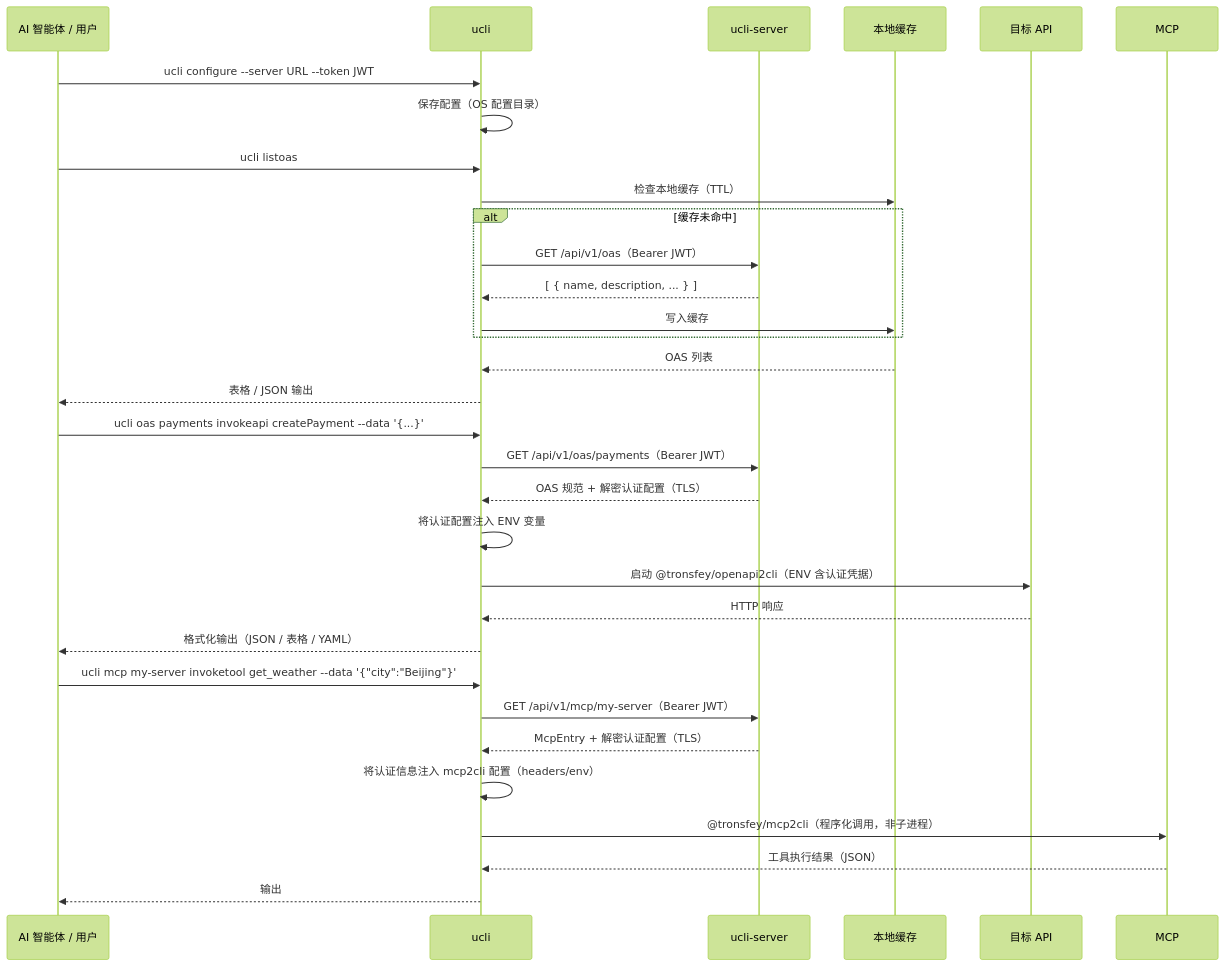
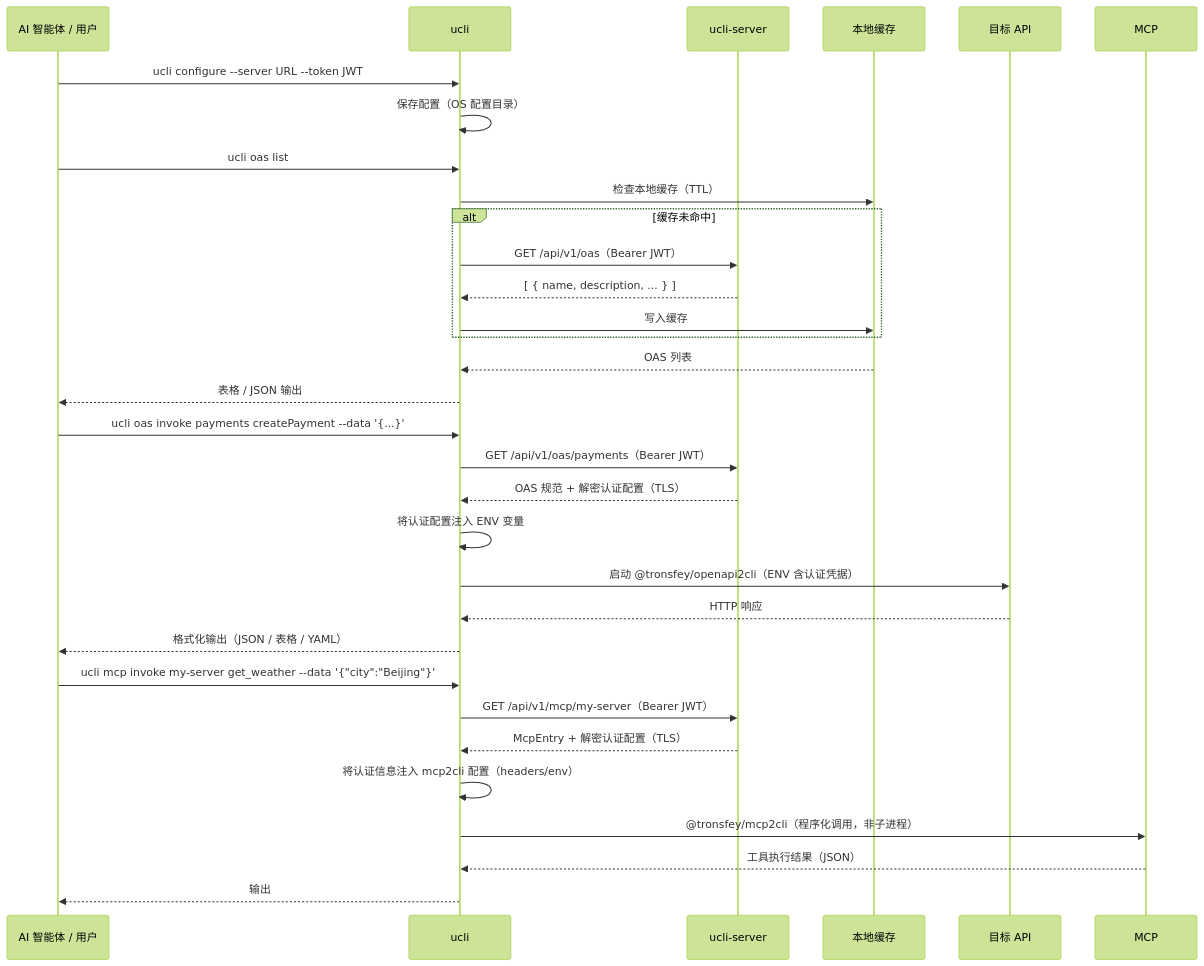
The diagram in packages/cli/README.zh.md (tronsfey928/ucli), drawn with Mermaid (forest theme) before and after one commit. The commit also changed other lines of this file and 4 other files, not shown here.

````diff
--- a/packages/cli/README.zh.md
+++ b/packages/cli/README.zh.md
@@ -29,37 +29,37 @@
 ```mermaid
 sequenceDiagram
     participant Agent as AI 智能体 / 用户
     participant CLI as ucli
     participant Server as ucli-server
     participant Cache as 本地缓存
     participant API as 目标 API
 
     Agent->>CLI: ucli configure --server URL --token JWT
     CLI->>CLI: 保存配置（OS 配置目录）
 
-    Agent->>CLI: ucli listoas
+    Agent->>CLI: ucli oas list
     CLI->>Cache: 检查本地缓存（TTL）
     alt 缓存未命中
         CLI->>Server: GET /api/v1/oas（Bearer JWT）
         Server-->>CLI: [ { name, description, ... } ]
         CLI->>Cache: 写入缓存
     end
     Cache-->>CLI: OAS 列表
     CLI-->>Agent: 表格 / JSON 输出
 
-    Agent->>CLI: ucli oas payments invokeapi createPayment --data '{...}'
+    Agent->>CLI: ucli oas invoke payments createPayment --data '{...}'
     CLI->>Server: GET /api/v1/oas/payments（Bearer JWT）
     Server-->>CLI: OAS 规范 + 解密认证配置（TLS）
     CLI->>CLI: 将认证配置注入 ENV 变量
     CLI->>API: 启动 @tronsfey/openapi2cli（ENV 含认证凭据）
     API-->>CLI: HTTP 响应
     CLI-->>Agent: 格式化输出（JSON / 表格 / YAML）
 
-    Agent->>CLI: ucli mcp my-server invoketool get_weather --data '{"city":"Beijing"}'
+    Agent->>CLI: ucli mcp invoke my-server get_weather --data '{"city":"Beijing"}'
     CLI->>Server: GET /api/v1/mcp/my-server（Bearer JWT）
     Server-->>CLI: McpEntry + 解密认证配置（TLS）
     CLI->>CLI: 将认证信息注入 mcp2cli 配置（headers/env）
     CLI->>MCP: @tronsfey/mcp2cli（程序化调用，非子进程）
     MCP-->>CLI: 工具执行结果（JSON）
     CLI-->>Agent: 输出
 ```
````
